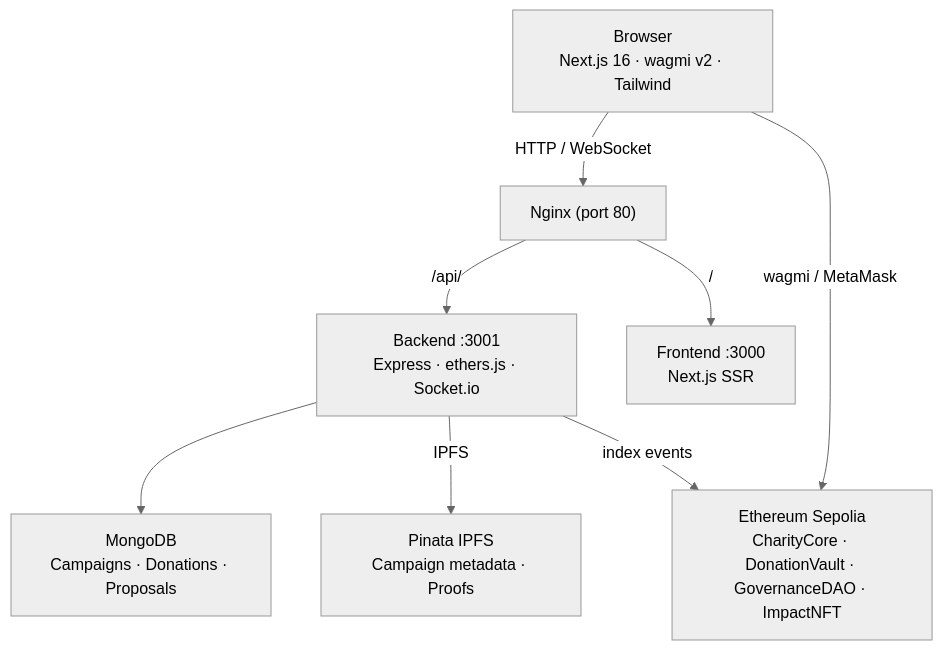
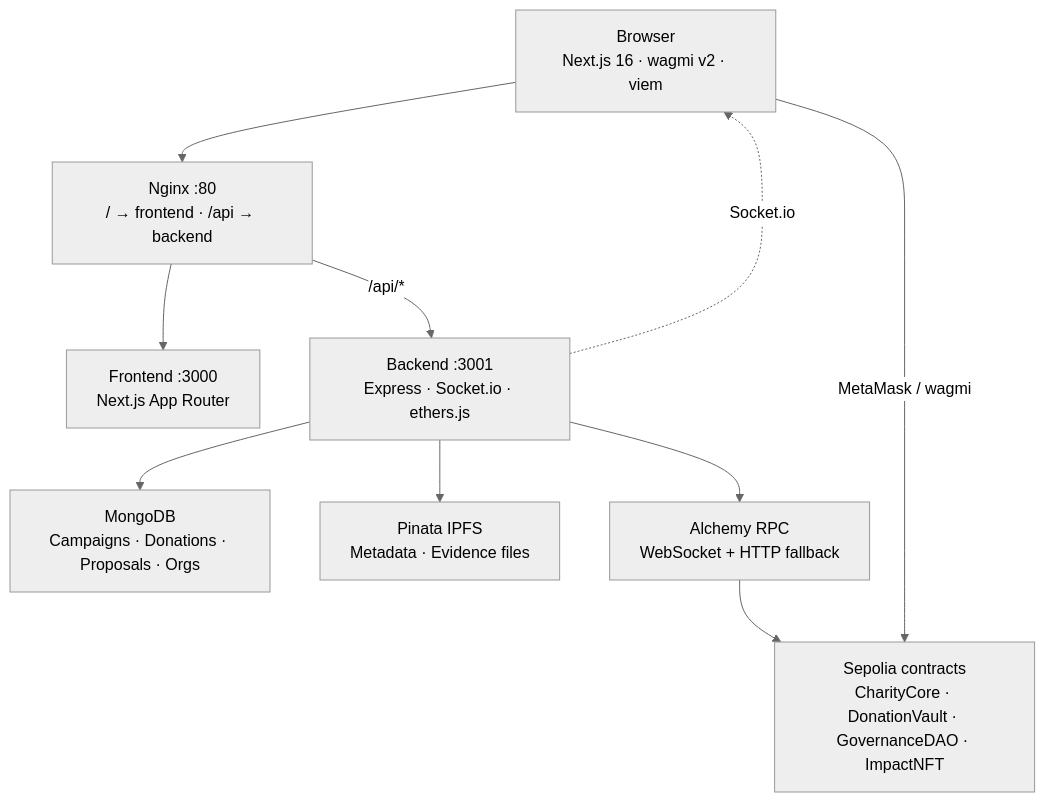
Before and after one commit to Levianth146/transpachain: the diagram in docs/architecture.md, drawn with Mermaid (neutral theme). The commit also changed other lines of this file and 13 other files, not shown here.

````diff
--- a/docs/architecture.md
+++ b/docs/architecture.md
@@ -5,18 +12,21 @@
 ```mermaid
 graph TD
-    Browser["Browser\nNext.js 16 · wagmi v2 · Tailwind"]
-    Nginx["Nginx (port 80)"]
-    Backend["Backend :3001\nExpress · ethers.js · Socket.io"]
-    Frontend["Frontend :3000\nNext.js SSR"]
-    MongoDB["MongoDB\nCampaigns · Donations · Proposals"]
-    Pinata["Pinata IPFS\nCampaign metadata · Proofs"]
-    Ethereum["Ethereum Sepolia\nCharityCore · DonationVault · GovernanceDAO · ImpactNFT"]
+    Browser["Browser<br/>Next.js 16 · wagmi v2 · viem"]
+    Nginx["Nginx :80<br/>/ → frontend · /api → backend"]
+    Frontend["Frontend :3000<br/>Next.js App Router"]
+    Backend["Backend :3001<br/>Express · Socket.io · ethers.js"]
+    MongoDB["MongoDB<br/>Campaigns · Donations · Proposals · Orgs"]
+    Pinata["Pinata IPFS<br/>Metadata · Evidence files"]
+    Alchemy["Alchemy RPC<br/>WebSocket + HTTP fallback"]
+    Sepolia["Sepolia contracts<br/>CharityCore · DonationVault · GovernanceDAO · ImpactNFT"]
 
-    Browser -->|HTTP / WebSocket| Nginx
-    Nginx -->|/api/| Backend
-    Nginx -->|/| Frontend
+    Browser --> Nginx
+    Nginx --> Frontend
+    Nginx -->|"/api/*"| Backend
     Backend --> MongoDB
-    Backend -->|IPFS| Pinata
-    Backend -->|index events| Ethereum
-    Browser -->|wagmi / MetaMask| Ethereum
+    Backend --> Pinata
+    Backend --> Alchemy
+    Alchemy --> Sepolia
+    Browser -->|MetaMask / wagmi| Sepolia
+    Backend -.->|Socket.io| Browser
 ```
````
